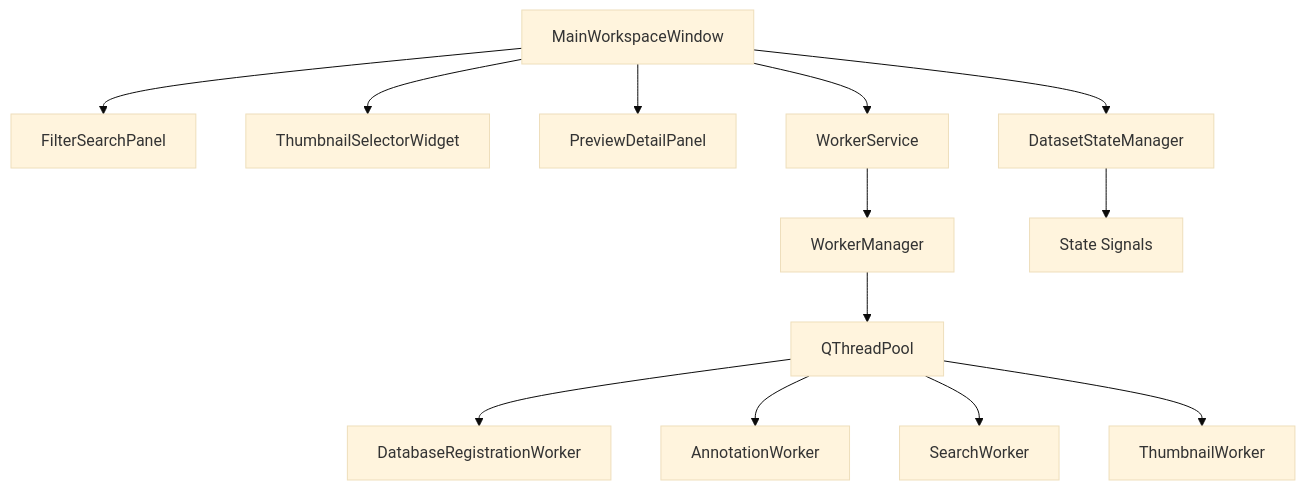
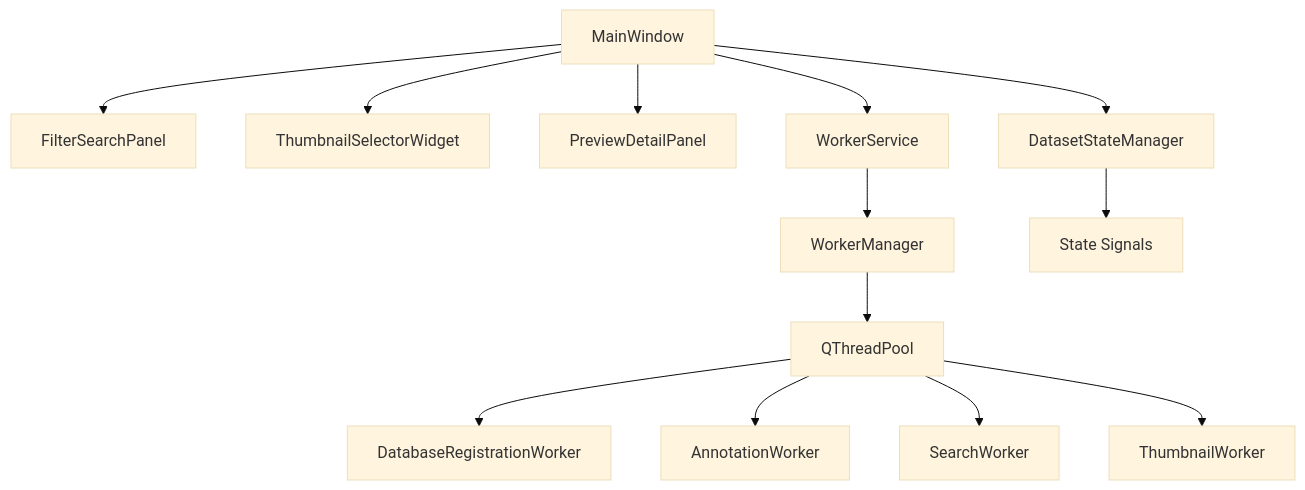
Before and after one commit to NEXTAltair/LoRAIro: the fourth of 16 diagrams in docs/architecture.md, drawn with Mermaid (base theme). The commit also changed other lines of this file and 6 other files, not shown here.

````diff
--- a/docs/architecture.md
+++ b/docs/architecture.md
@@ -207,15 +209,15 @@
 ```mermaid
 graph TD
-    A[MainWorkspaceWindow] --> B[FilterSearchPanel]
+    A[MainWindow] --> B[FilterSearchPanel]
     A --> C[ThumbnailSelectorWidget]
     A --> D[PreviewDetailPanel]
     A --> E[WorkerService]
     E --> F[WorkerManager]
     F --> G[QThreadPool]
     G --> H[DatabaseRegistrationWorker]
     G --> I[AnnotationWorker]
     G --> J[SearchWorker]
     G --> K[ThumbnailWorker]
     A --> L[DatasetStateManager]
     L --> M[State Signals]
 ```
````
